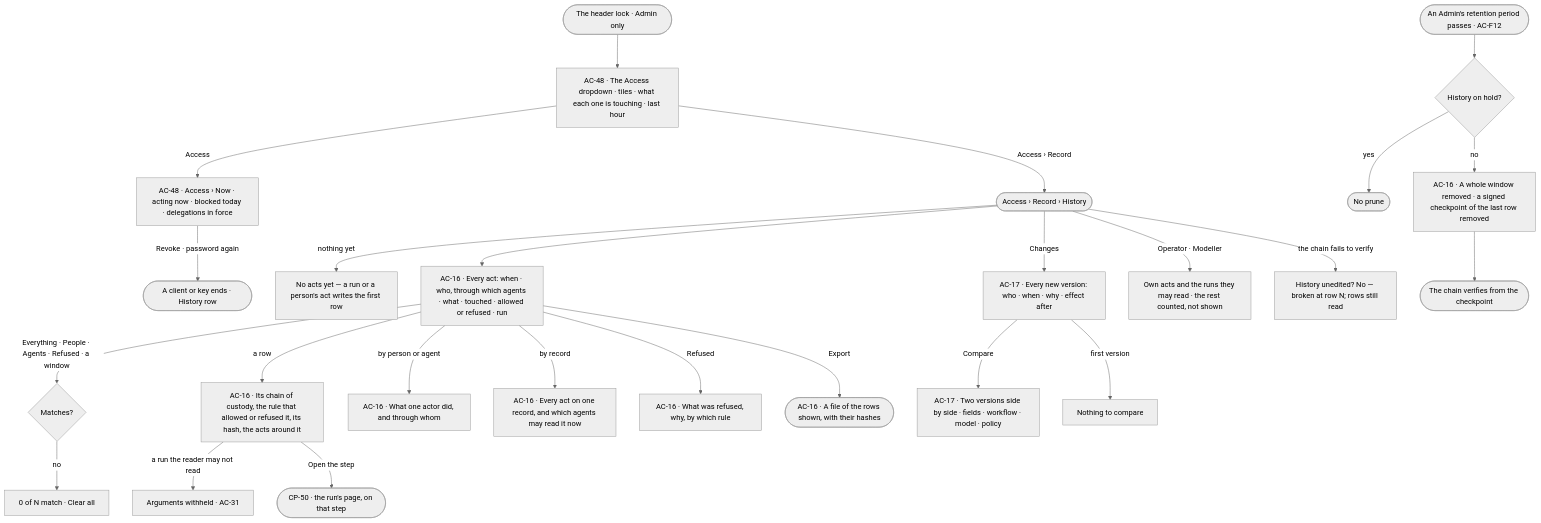
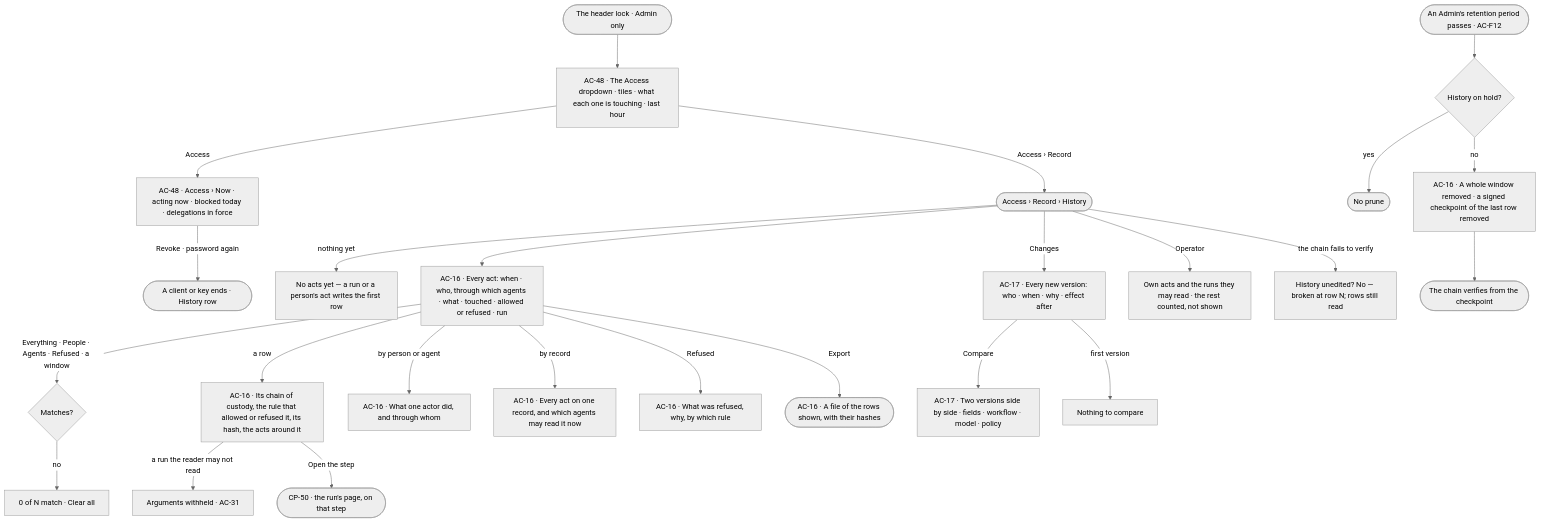
The first of 2 diagrams in specs/os/access/features/AC-F06-history/feature.md (invana/invana), drawn with Mermaid (neutral theme) before and after one commit. The commit also changed other lines of this file and 236 other files, not shown here.

````diff
--- a/specs/os/access/features/AC-F06-history/feature.md
+++ b/specs/os/access/features/AC-F06-history/feature.md
@@ -26,27 +26,27 @@
 ```mermaid
 flowchart TD
   ad([The header lock · Admin only]) --> acc["AC-48 · The Access dropdown · tiles · what each one is touching · last hour"]
   acc -->|Access| now["AC-48 · Access › Now · acting now · blocked today · delegations in force"]
   acc -->|Access › Record| s
   now -->|Revoke · password again| rvk(["A client or key ends · History row"])
   s([Access › Record › History]) -->|nothing yet| e["No acts yet — a run or a person's act writes the first row"]
   s --> rows["AC-16 · Every act: when · who, through which agents · what · touched · allowed or refused · run"]
   rows -->|Everything · People · Agents · Refused · a window| f{"Matches?"}
   f -->|no| z["0 of N match · Clear all"]
   rows -->|a row| d["AC-16 · Its chain of custody, the rule that allowed or refused it, its hash, the acts around it"]
   d -->|a run the reader may not read| wh["Arguments withheld · AC-31"]
   d -->|Open the step| run(["CP-50 · the run's page, on that step"])
   rows -->|by person or agent| ba["AC-16 · What one actor did, and through whom"]
   rows -->|by record| br["AC-16 · Every act on one record, and which agents may read it now"]
   rows -->|Refused| rf["AC-16 · What was refused, why, by which rule"]
   rows -->|Export| ex(["AC-16 · A file of the rows shown, with their hashes"])
   s -->|Changes| ch["AC-17 · Every new version: who · when · why · effect after"]
   ch -->|Compare| cmp["AC-17 · Two versions side by side · fields · workflow · model · policy"]
   ch -->|first version| one["Nothing to compare"]
-  s -->|Operator · Modeller| op["Own acts and the runs they may read · the rest counted, not shown"]
+  s -->|Operator| op["Own acts and the runs they may read · the rest counted, not shown"]
   s -->|the chain fails to verify| bk["History unedited? No — broken at row N; rows still read"]
   pr([An Admin's retention period passes · AC-F12]) --> hold{"History on hold?"}
   hold -->|yes| none(["No prune"])
   hold -->|no| cut["AC-16 · A whole window removed · a signed checkpoint of the last row removed"]
   cut --> ver(["The chain verifies from the checkpoint"])
 ```
````
